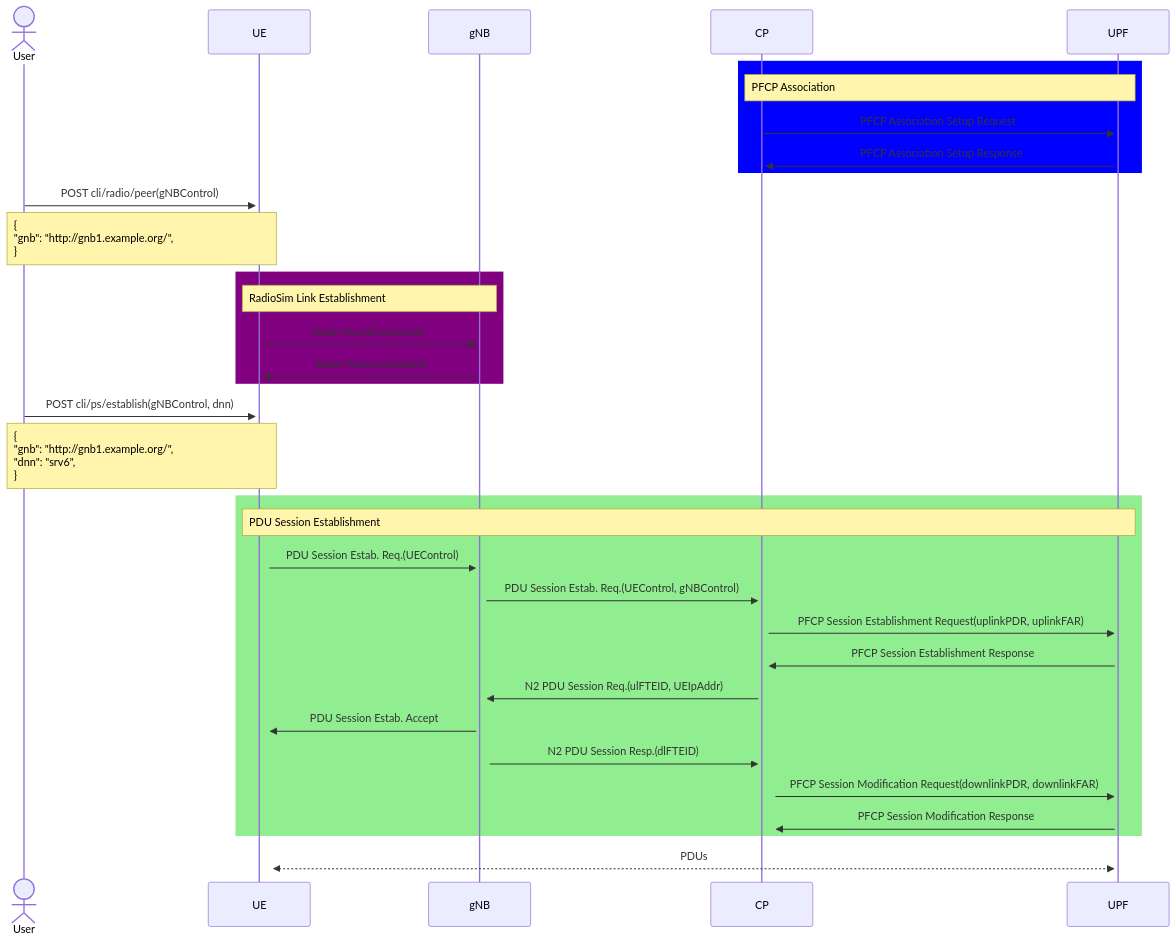
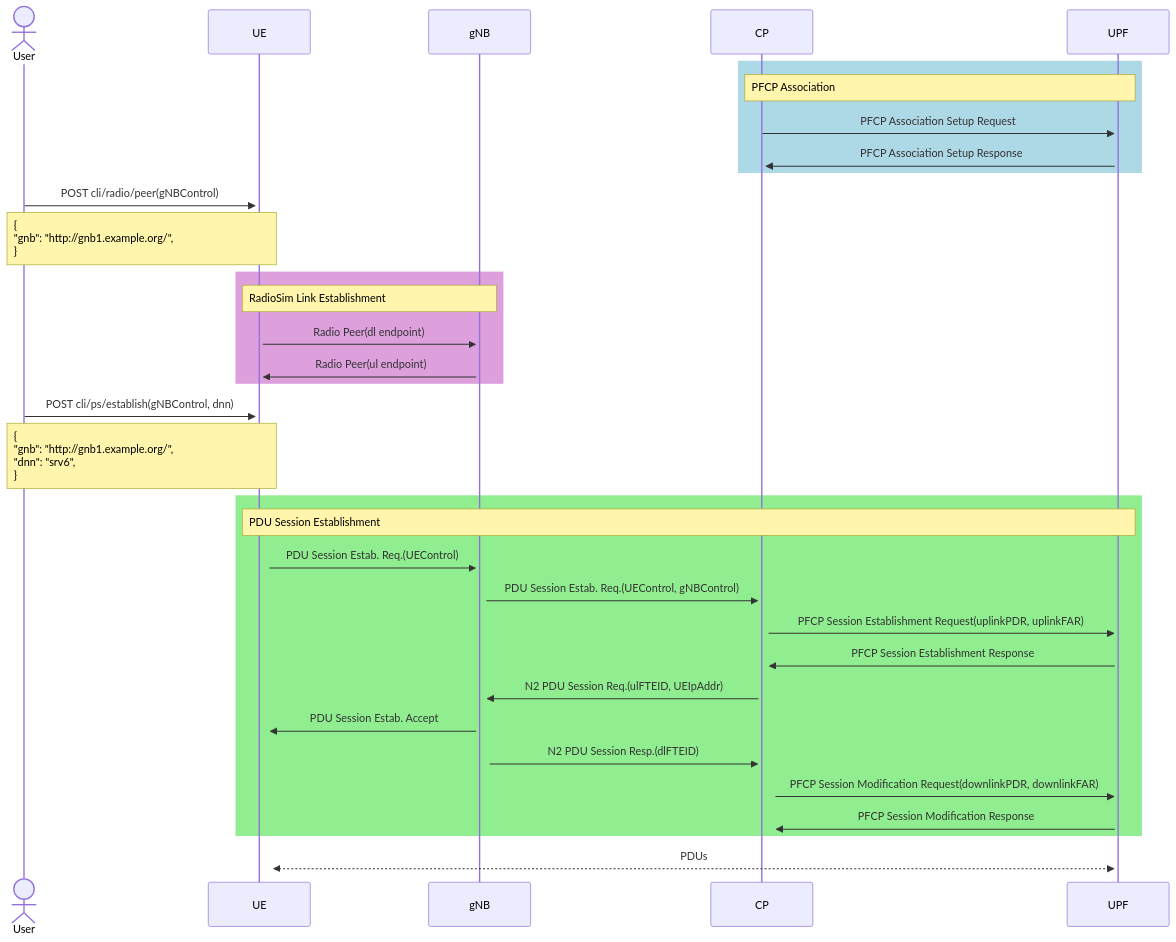
The first of 5 diagrams in doc/nextmn-lite.md (nextmn/testbed), drawn with Mermaid before and after one commit. The commit also changed other lines of this file, not shown here.

Commit message:
Update nextmn-lite.md (light colors)

````diff
--- a/doc/nextmn-lite.md
+++ b/doc/nextmn-lite.md
@@ -5,36 +5,36 @@
 ```mermaid
 %%{init: { 'sequence': {'noteAlign': 'left'} }}%%
 sequenceDiagram
 actor User
 participant UE
 participant gNB
 participant CP
 participant UPF
-rect blue
+rect LightBlue
     note over CP,UPF: PFCP Association
     CP->>+UPF: PFCP Association Setup Request
     UPF->>+CP: PFCP Association Setup Response
 end
 User->>+UE: POST cli/radio/peer(gNBControl)
 note over User,UE: {<br>"gnb": "http://gnb1.example.org/",<br>}
-rect purple
+rect Plum
     note over UE, gNB: RadioSim Link Establishment
     UE->>+gNB: Radio Peer(dl endpoint)
     gNB->>+UE: Radio Peer(ul endpoint)
 end
 User->>+UE: POST cli/ps/establish(gNBControl, dnn)
 note over User,UE: {<br>"gnb": "http://gnb1.example.org/",<br>"dnn": "srv6",<br>}
 rect LightGreen
     note over UE,UPF: PDU Session Establishment
     UE->>+gNB: PDU Session Estab. Req.(UEControl)
     gNB->>+CP: PDU Session Estab. Req.(UEControl, gNBControl)
     CP->>+UPF: PFCP Session Establishment Request(uplinkPDR, uplinkFAR)
     UPF->>+CP: PFCP Session Establishment Response
     CP->>+gNB: N2 PDU Session Req.(ulFTEID, UEIpAddr)
     gNB->>+UE: PDU Session Estab. Accept
     gNB->>+CP: N2 PDU Session Resp.(dlFTEID)
     CP->>+UPF: PFCP Session Modification Request(downlinkPDR, downlinkFAR)
     UPF->>+CP: PFCP Session Modification Response
 end
 UE<<-->>+UPF: PDUs
 ```
````
